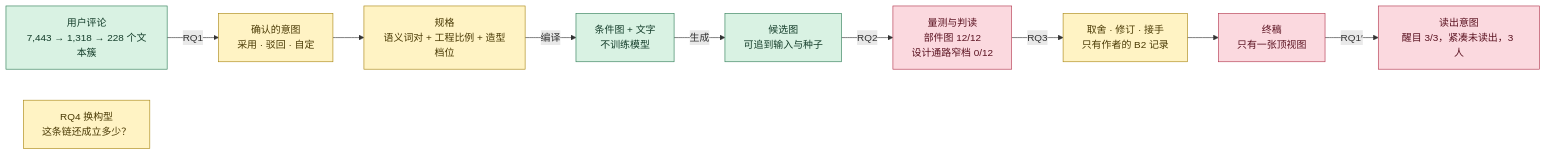
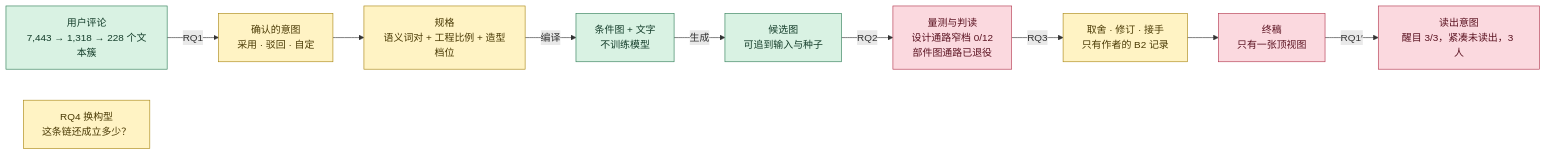
One commit to Freeloop993/paper changed the diagram in planning/research-panorama/README.md. Above: the diagram before and after it, drawn with Mermaid. The commit also changed other lines of this file and 49 other files, not shown here.

First line of the commit message:
旧图清理：移除 E1 原图，建立写作取数清单，同步更正把部件图通路当作已有结果的地方

````diff
--- a/planning/research-panorama/README.md
+++ b/planning/research-panorama/README.md
@@ -29,15 +29,15 @@
 ```mermaid
 flowchart LR
   A[用户评论<br/>7,443 → 1,318 → 228 个文本簇]:::ok -->|RQ1| B[确认的意图<br/>采用 · 驳回 · 自定]:::part
   B --> C[规格<br/>语义词对 + 工程比例 + 造型档位]:::part
   C -->|编译| D[条件图 + 文字<br/>不训练模型]:::ok
   D -->|生成| E[候选图<br/>可追到输入与种子]:::ok
-  E -->|RQ2| F[量测与判读<br/>部件图 12/12<br/>设计通路窄档 0/12]:::gap
+  E -->|RQ2| F[量测与判读<br/>设计通路窄档 0/12<br/>部件图通路已退役]:::gap
   F -->|RQ3| G[取舍 · 修订 · 接手<br/>只有作者的 B2 记录]:::part
   G --> H[终稿<br/>只有一张顶视图]:::gap
   H -->|RQ1′| I[读出意图<br/>醒目 3/3，紧凑未读出，3 人]:::gap
   J[RQ4 换构型<br/>这条链还成立多少？]:::part
   classDef ok fill:#d9f2e3,stroke:#2f7d57,color:#143d2a
   classDef part fill:#fff3c4,stroke:#a98613,color:#4a3a05
   classDef gap fill:#fbd9df,stroke:#b3364d,color:#5a1220
 ```
````
